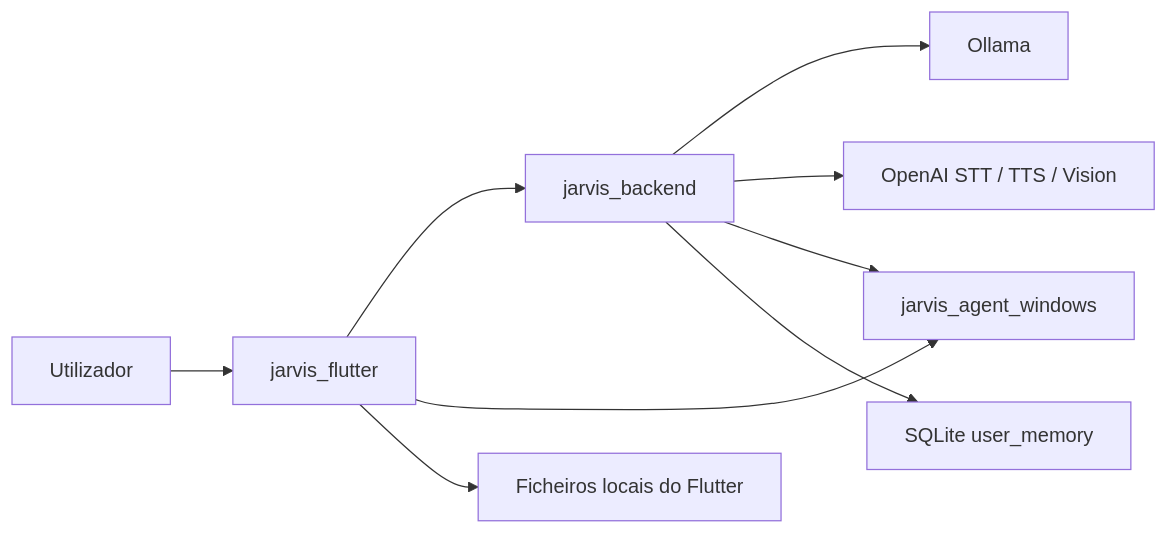
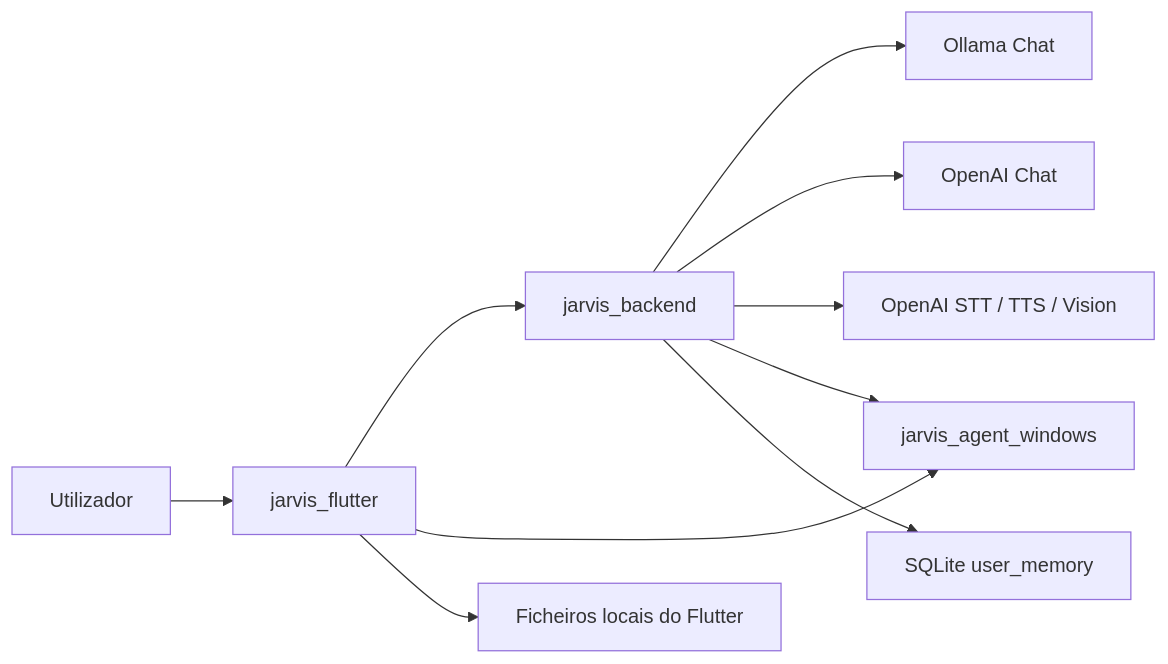
Before and after one commit to rafaeldfdsf/Jarvis_Project: the diagram in MANUAL_DE_CONTINUIDADE.md, drawn with Mermaid. The commit also changed other lines of this file and 3 other files, not shown here.

````diff
--- a/MANUAL_DE_CONTINUIDADE.md
+++ b/MANUAL_DE_CONTINUIDADE.md
@@ -75,11 +92,12 @@
 ```mermaid
 flowchart LR
     U["Utilizador"] --> F["jarvis_flutter"]
     F --> B["jarvis_backend"]
-    B --> O["Ollama"]
+    B --> O["Ollama Chat"]
+    B --> C["OpenAI Chat"]
     B --> A["OpenAI STT / TTS / Vision"]
     F --> W["jarvis_agent_windows"]
     B --> W
     B --> M["SQLite user_memory"]
     F --> LF["Ficheiros locais do Flutter"]
 ```
````
